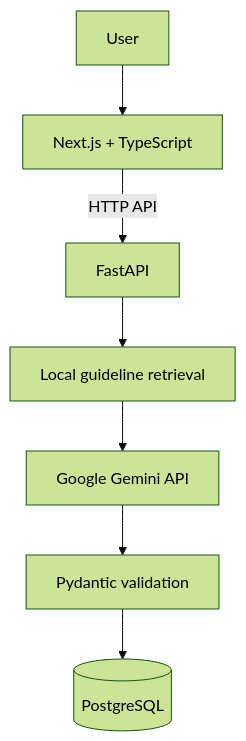
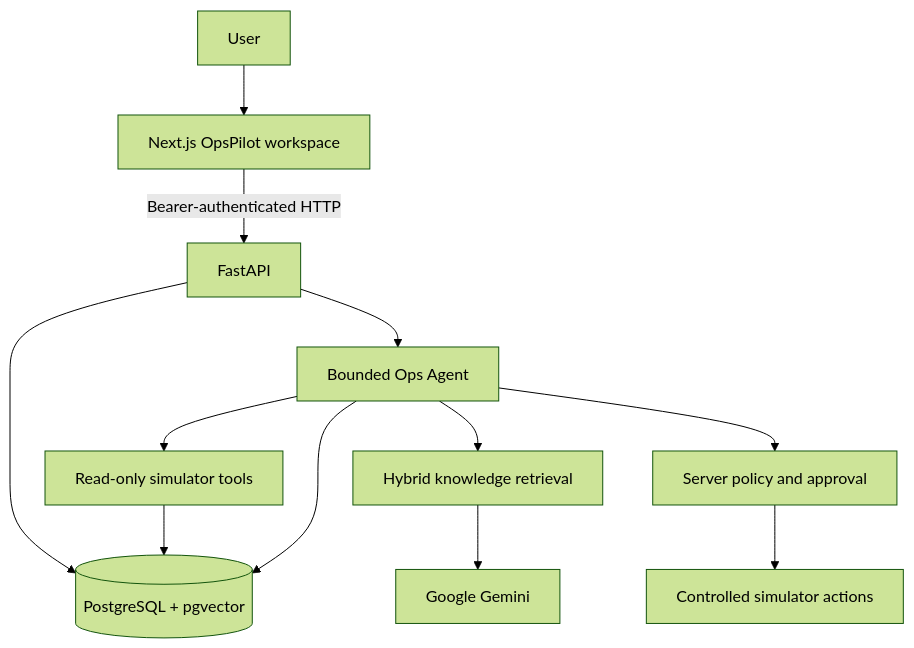
One commit to Asadalk/OpsPilot changed the diagram in README.md. Above: the diagram before and after it, drawn with Mermaid (forest theme). The commit also changed other lines of this file and 27 other files, not shown here.

Commit message:
Build polished OpsPilot operations dashboard

````diff
--- a/README.md
+++ b/README.md
@@ -19,9 +22,14 @@
 ```mermaid
 flowchart TD
-  User --> Next[Next.js + TypeScript]
-  Next -->|HTTP API| API[FastAPI]
-  API --> RAG[Local guideline retrieval]
-  RAG --> Gemini[Google Gemini API]
-  Gemini --> Validate[Pydantic validation]
-  Validate --> DB[(PostgreSQL)]
+  User --> Next[Next.js OpsPilot workspace]
+  Next -->|Bearer-authenticated HTTP| API[FastAPI]
+  API --> Agent[Bounded Ops Agent]
+  Agent --> Tools[Read-only simulator tools]
+  Agent --> RAG[Hybrid knowledge retrieval]
+  Agent --> Policy[Server policy and approval]
+  Policy --> Sim[Controlled simulator actions]
+  API --> DB[(PostgreSQL + pgvector)]
+  Tools --> DB
+  RAG --> Gemini[Google Gemini]
+  Agent --> DB
 ```
````
